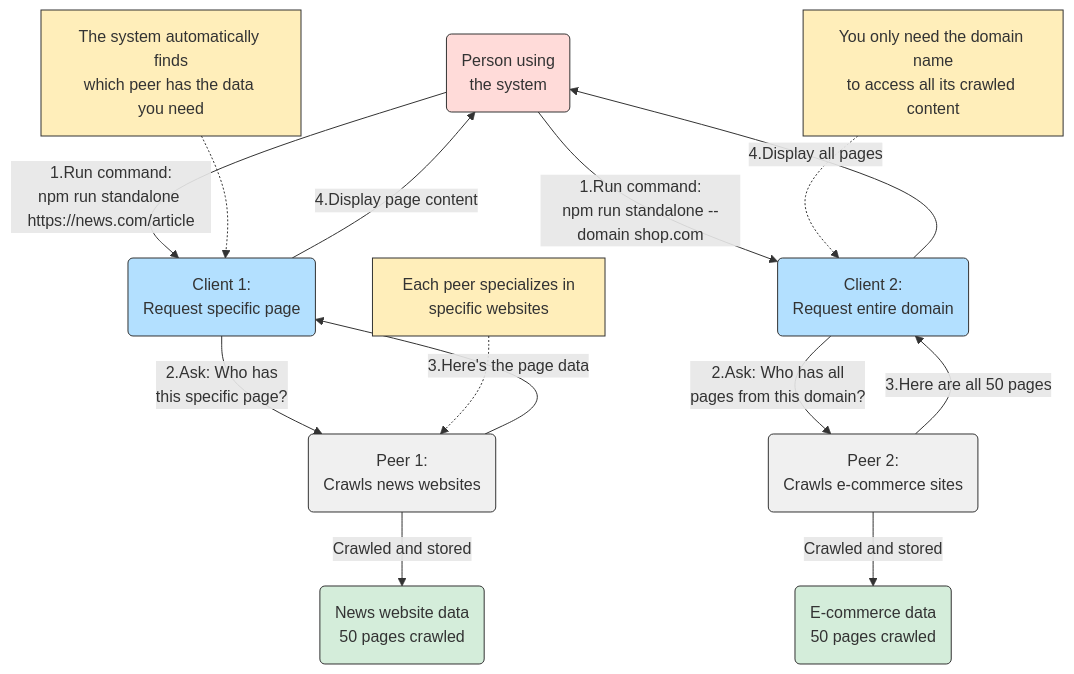
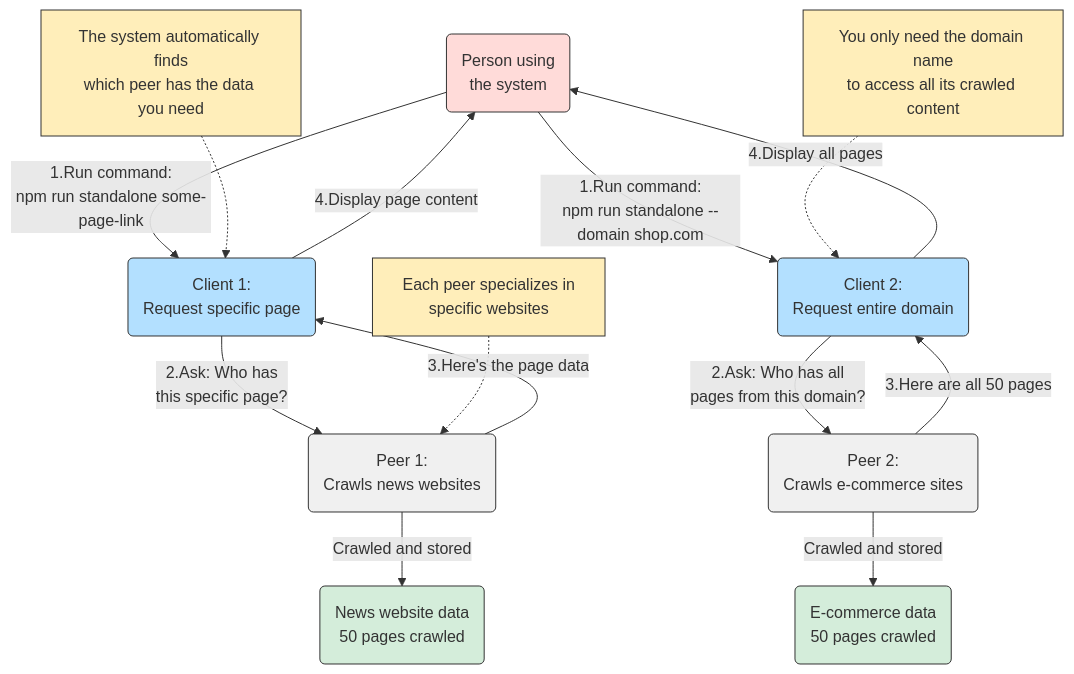
The second of 5 diagrams in DIAGRAMS.md (hapttic/p2p-crawler), drawn with Mermaid before and after one commit.

Commit message:
link markdown error

````diff
--- a/DIAGRAMS.md
+++ b/DIAGRAMS.md
@@ -71,56 +71,56 @@
 ```mermaid
 flowchart TD
     %% Node styles
     classDef userStyle fill:#ffdbd9,stroke:#333,stroke-width:1px,color:#333
     classDef clientStyle fill:#b3e0ff,stroke:#333,stroke-width:1px,color:#333
     classDef peerStyle fill:#f0f0f0,stroke:#333,stroke-width:1px,color:#333
     classDef dataStyle fill:#d4edda,stroke:#333,stroke-width:1px,color:#333
     classDef noteStyle fill:#ffeeba,stroke:#333,stroke-width:1px,color:#333
 
     %% Define nodes
     User("Person using<br>the system")
     Client1("Client 1:<br>Request specific page")
     Client2("Client 2:<br>Request entire domain")
     Peer1("Peer 1:<br>Crawls news websites")
     Peer2("Peer 2:<br>Crawls e-commerce sites")
     News("News website data<br>50 pages crawled")
     Ecommerce("E-commerce data<br>50 pages crawled")
 
     %% Scenario 1
-    User -->|"1.Run command:<br>npm run standalone https://news.com/article"| Client1
+    User -->|"1.Run command:<br>npm run standalone some-page-link"| Client1
     Client1 -->|"2.Ask: Who has<br>this specific page?"| Peer1
     Peer1 -->|"3.Here's the page data"| Client1
     Client1 -->|"4.Display page content"| User
 
     %% Scenario 2
     User -->|"1.Run command:<br>npm run standalone --domain shop.com"| Client2
     Client2 -->|"2.Ask: Who has all<br>pages from this domain?"| Peer2
     Peer2 -->|"3.Here are all 50 pages"| Client2
     Client2 -->|"4.Display all pages"| User
 
     %% Data connections
     Peer1 -->|"Crawled and stored"| News
     Peer2 -->|"Crawled and stored"| Ecommerce
 
     %% Helpful notes
     Note1["You only need the domain name<br>to access all its crawled content"]
     Note2["The system automatically finds<br>which peer has the data you need"]
     Note3["Each peer specializes in<br>specific websites"]
 
     %% Connect notes
     Note1 -.-> Client2
     Note2 -.-> Client1
     Note3 -.-> Peer1
 
     %% Apply styles
     class User userStyle
     class Client1 clientStyle
     class Client2 clientStyle
     class Peer1 peerStyle
     class Peer2 peerStyle
     class News dataStyle
     class Ecommerce dataStyle
     class Note1 noteStyle
     class Note2 noteStyle
     class Note3 noteStyle
 ```
````
